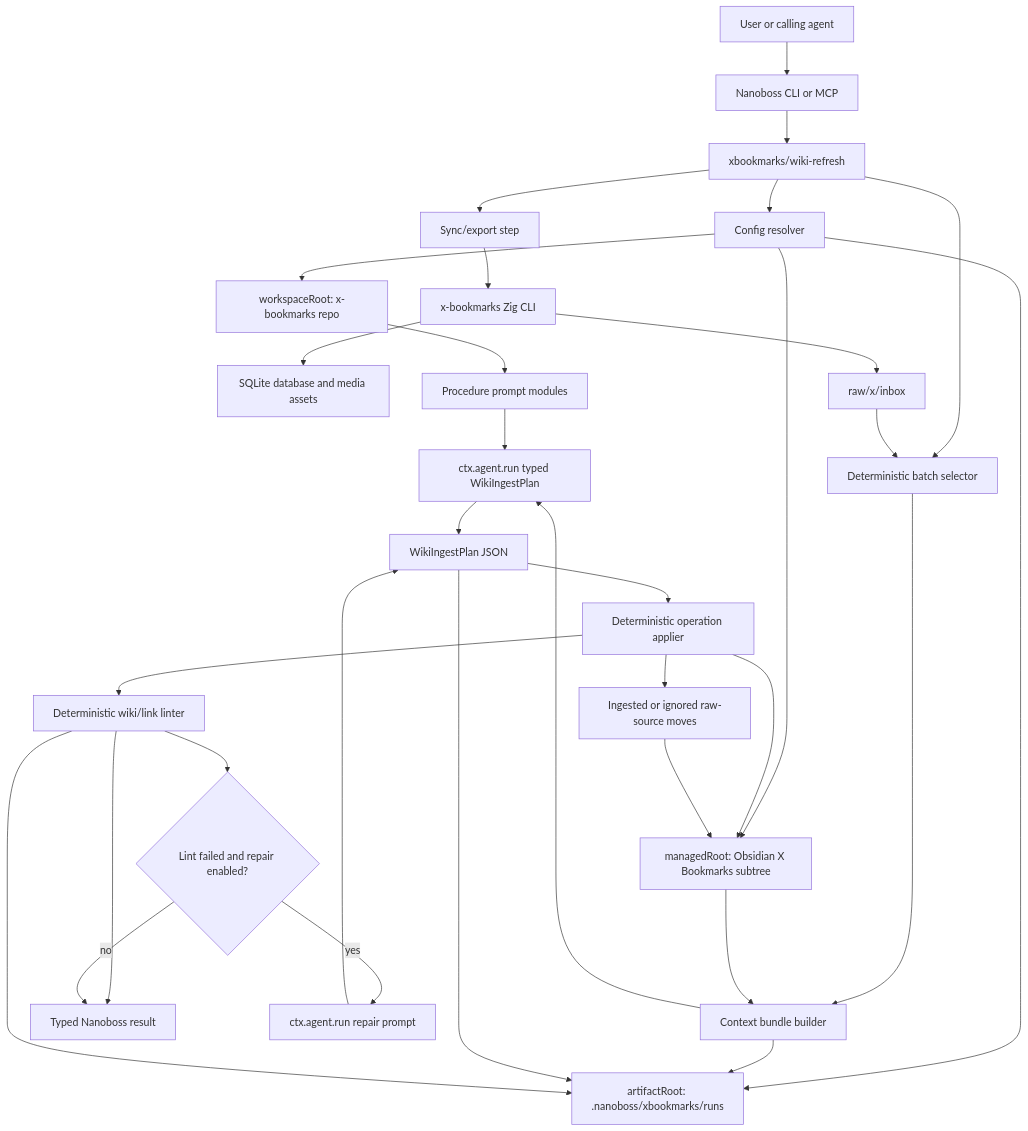
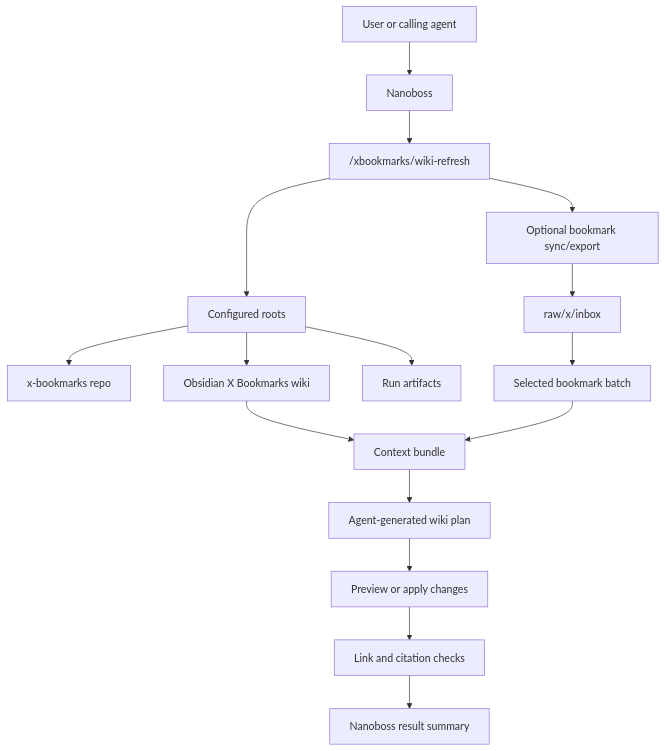
One commit to jflam/x-bookmarks changed the first of 2 diagrams in docs/nanoboss-xbookmarks-wiki-procedure.md. Above: the diagram before and after it, drawn with Mermaid. The commit also changed other lines of this file and 1 other file, not shown here.

Commit message:
Refine Nanoboss X bookmarks procedure docs

````diff
--- a/docs/nanoboss-xbookmarks-wiki-procedure.md
+++ b/docs/nanoboss-xbookmarks-wiki-procedure.md
@@ -28,40 +16,19 @@
 ```mermaid
 flowchart TD
-  User["User or calling agent"] --> NB["Nanoboss CLI or MCP"]
-  NB --> Refresh["xbookmarks/wiki-refresh"]
+  User["User or calling agent"] --> NB["Nanoboss"]
+  NB --> Refresh["/xbookmarks/wiki-refresh"]
+  Refresh --> Config["Configured roots"]
+  Config --> Repo["x-bookmarks repo"]
+  Config --> Wiki["Obsidian X Bookmarks wiki"]
+  Config --> Runs["Run artifacts"]
 
-  Refresh --> Config["Config resolver"]
-  Config --> Workspace["workspaceRoot: x-bookmarks repo"]
-  Config --> Managed["managedRoot: Obsidian X Bookmarks subtree"]
-  Config --> Artifacts["artifactRoot: .nanoboss/xbookmarks/runs"]
-
-  Refresh --> Sync["Sync/export step"]
-  Sync --> Zig["x-bookmarks Zig CLI"]
-  Zig --> Store["SQLite database and media assets"]
-  Zig --> Inbox["raw/x/inbox"]
-
-  Refresh --> Select["Deterministic batch selector"]
-  Inbox --> Select
-  Select --> Bundle["Context bundle builder"]
-  Managed --> Bundle
-  Workspace --> Prompts["Procedure prompt modules"]
-  Bundle --> Agent["ctx.agent.run typed WikiIngestPlan"]
-  Prompts --> Agent
-
-  Agent --> Plan["WikiIngestPlan JSON"]
-  Plan --> Apply["Deterministic operation applier"]
-  Apply --> Managed
-  Apply --> Moves["Ingested or ignored raw-source moves"]
-  Moves --> Managed
-
-  Apply --> Lint["Deterministic wiki/link linter"]
-  Lint --> Result["Typed Nanoboss result"]
-  Lint --> Repair{"Lint failed and repair enabled?"}
-  Repair -->|yes| RepairAgent["ctx.agent.run repair prompt"]
-  RepairAgent --> Plan
-  Repair -->|no| Result
-
-  Bundle --> Artifacts
-  Plan --> Artifacts
-  Lint --> Artifacts
+  Refresh --> Import["Optional bookmark sync/export"]
+  Import --> Inbox["raw/x/inbox"]
+  Inbox --> Batch["Selected bookmark batch"]
+  Batch --> Context["Context bundle"]
+  Wiki --> Context
+  Context --> Draft["Agent-generated wiki plan"]
+  Draft --> Apply["Preview or apply changes"]
+  Apply --> Lint["Link and citation checks"]
+  Lint --> Summary["Nanoboss result summary"]
 ```
````
